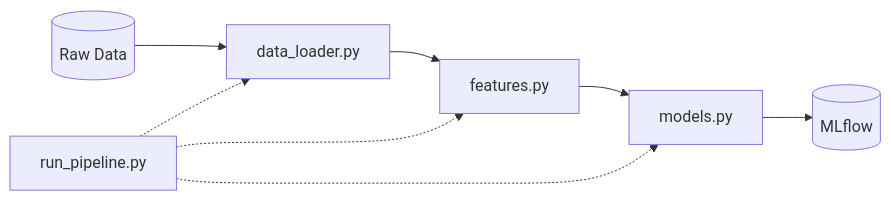
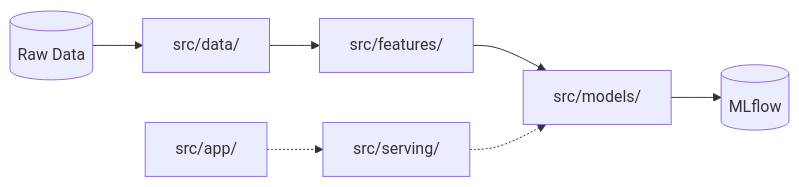
One commit to Anazneen04/customer-churn-prediction-mlops changed the diagram in README.md. Above: the diagram before and after it, drawn with Mermaid. The commit also changed other lines of this file and 169 other files, not shown here.

````diff
--- a/README.md
+++ b/README.md
@@ -11,11 +11,10 @@
 ```mermaid
 graph LR
-    Data[(Raw Data)] --> Loader[data_loader.py]
-    Loader --> Features[features.py]
-    Features --> Models[models.py]
-    Models --> MLflow[(MLflow)]
+    Data[(Raw Data)] --> DataDir[src/data/]
+    DataDir --> FeaturesDir[src/features/]
+    FeaturesDir --> ModelsDir[src/models/]
+    ModelsDir --> MLflow[(MLflow)]
     
-    Pipeline[run_pipeline.py] -.-> Loader
-    Pipeline -.-> Features
-    Pipeline -.-> Models
+    App[src/app/] -.-> Serving[src/serving/]
+    Serving -.-> ModelsDir
 ```
````
